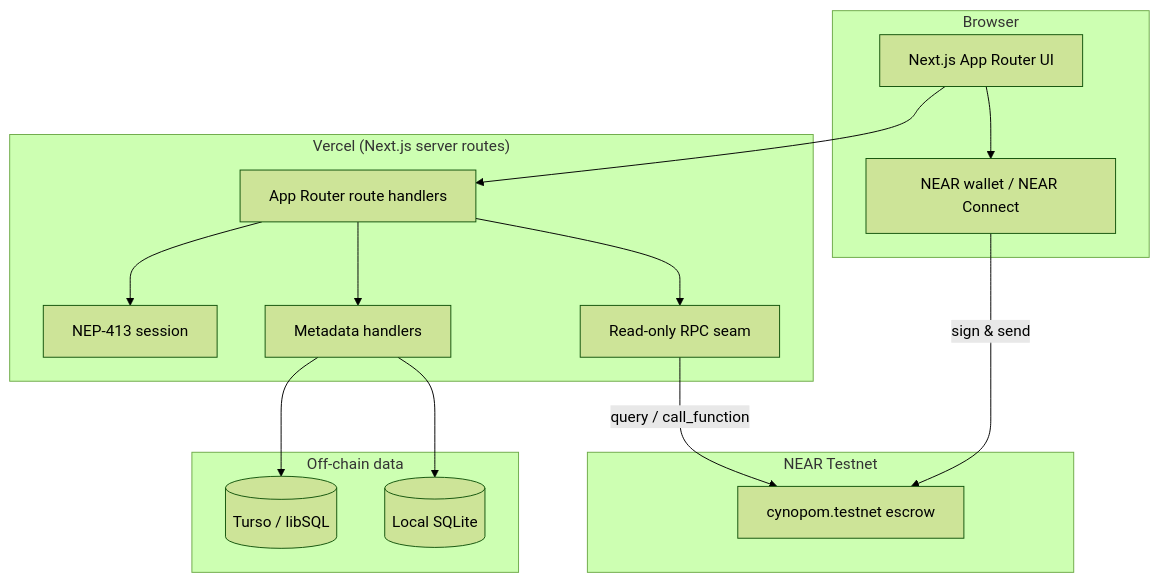
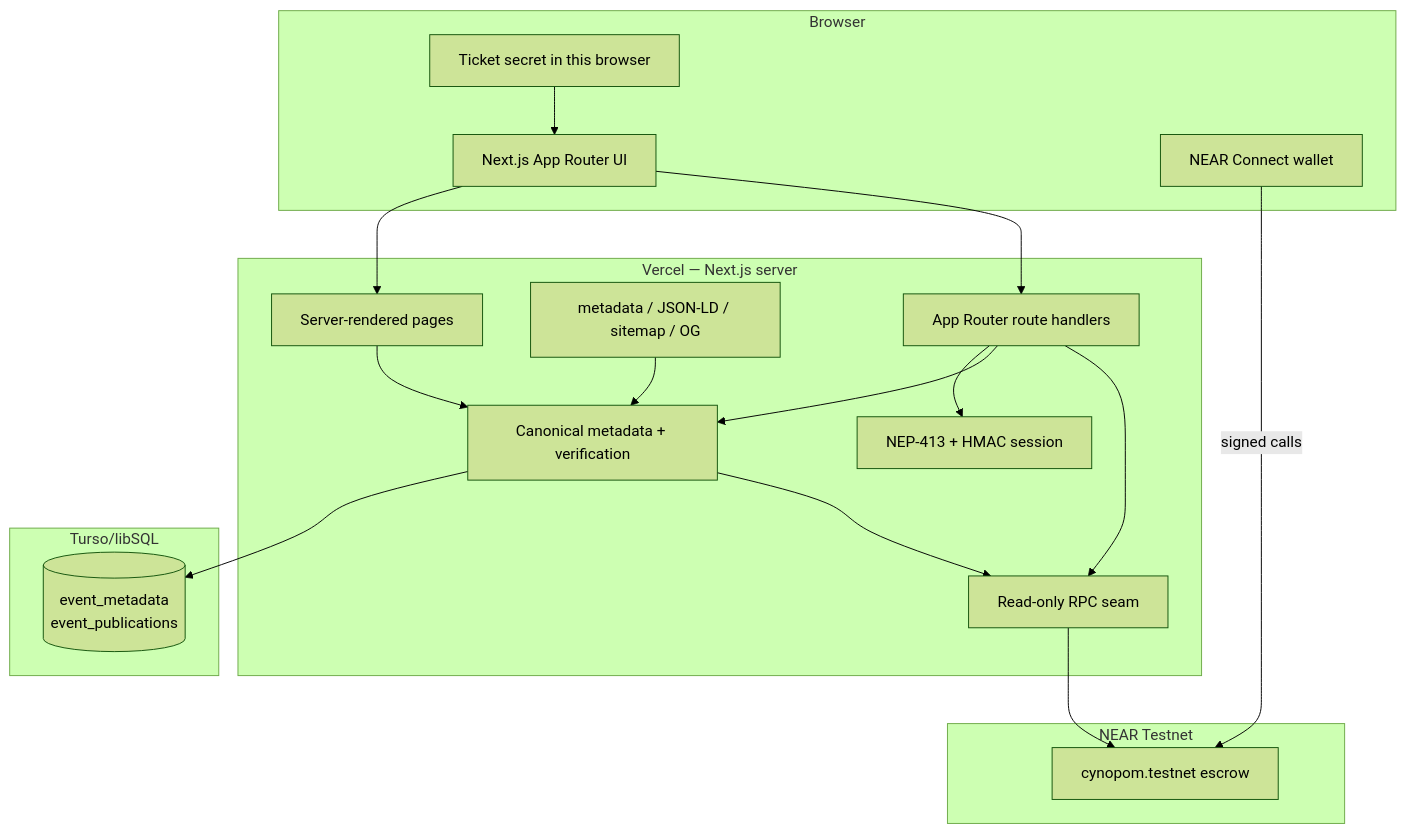
Before and after one commit to auntor69/gatherbond-near-hackathon-2026: the diagram in docs/DOCUMENTATION.md, drawn with Mermaid (forest theme). The commit also changed other lines of this file and 35 other files, not shown here.

````diff
--- a/docs/DOCUMENTATION.md
+++ b/docs/DOCUMENTATION.md
@@ -67,33 +80,38 @@
 ```mermaid
 flowchart TB
   subgraph Browser
     UI[Next.js App Router UI]
-    WALLET[NEAR wallet / NEAR Connect]
+    WALLET[NEAR Connect wallet]
+    TICKET[Ticket secret in this browser]
   end
 
-  subgraph Vercel["Vercel (Next.js server routes)"]
+  subgraph Vercel["Vercel — Next.js server"]
+    PAGE[Server-rendered pages]
+    SEO[metadata / JSON-LD / sitemap / OG]
     API[App Router route handlers]
-    AUTH[NEP-413 session]
-    META[Metadata handlers]
-    RPCSEAM[Read-only RPC seam]
+    AUTH[NEP-413 + HMAC session]
+    META[Canonical metadata + verification]
+    RPC[Read-only RPC seam]
   end
 
   subgraph NEAR["NEAR Testnet"]
-    CONTRACT[cynopom.testnet escrow]
+    C[cynopom.testnet escrow]
   end
 
-  subgraph Data["Off-chain data"]
-    TURSO[(Turso / libSQL)]
-    SQLITE[(Local SQLite)]
+  subgraph DB["Turso/libSQL"]
+    D[(event_metadata<br/>event_publications)]
   end
 
+  UI --> PAGE
   UI --> API
-  UI --> WALLET
-  WALLET -->|sign & send| CONTRACT
+  WALLET -->|signed calls| C
+  TICKET --> UI
+  PAGE --> META
+  SEO --> META
   API --> AUTH
   API --> META
-  API --> RPCSEAM
-  RPCSEAM -->|query / call_function| CONTRACT
-  META --> TURSO
-  META --> SQLITE
+  API --> RPC
+  META --> D
+  META --> RPC
+  RPC --> C
 ```
````
